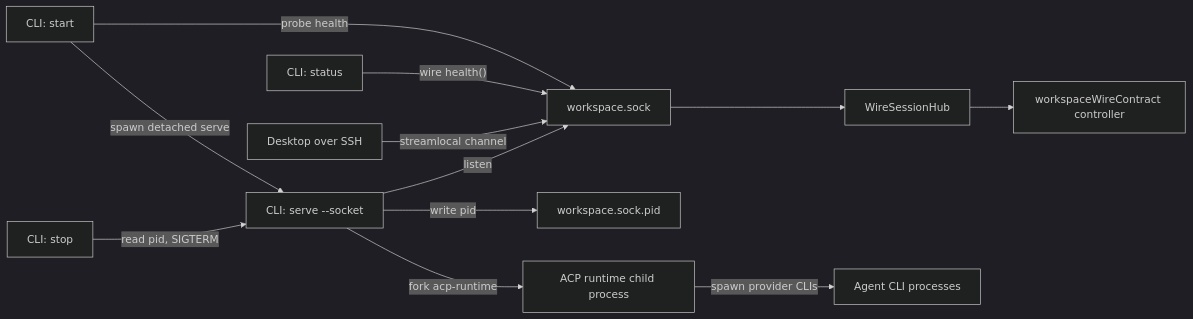
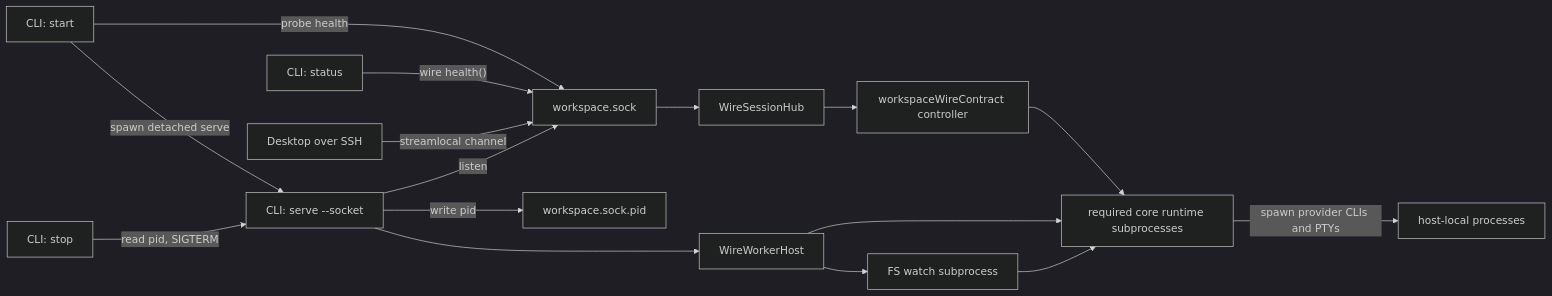
Before and after one commit to generalaction/emdash: the diagram in apps/workspace-server/docs/daemon.md, drawn with Mermaid (dark theme). The commit also changed other lines of this file and 27 other files, not shown here.

````diff
--- a/apps/workspace-server/docs/daemon.md
+++ b/apps/workspace-server/docs/daemon.md
@@ -20,14 +20,18 @@
 ```mermaid
 flowchart LR
   cliStart["CLI: start"] -->|"probe health"| socket["workspace.sock"]
   cliStart -->|"spawn detached serve"| daemon["CLI: serve --socket"]
   daemon -->|"listen"| socket
   daemon -->|"write pid"| pidFile["workspace.sock.pid"]
   cliStatus["CLI: status"] -->|"wire health()"| socket
   cliStop["CLI: stop"] -->|"read pid, SIGTERM"| daemon
   desktop["Desktop over SSH"] -->|"streamlocal channel"| socket
   socket --> sessionHub["WireSessionHub"]
   sessionHub --> controller["workspaceWireContract controller"]
-  daemon -->|"fork acp-runtime"| acpRuntime["ACP runtime child process"]
-  acpRuntime -->|"spawn provider CLIs"| agentCli["Agent CLI processes"]
+  daemon --> workerHost["WireWorkerHost"]
+  workerHost --> runtimes["required core runtime subprocesses"]
+  workerHost --> watcher["FS watch subprocess"]
+  watcher --> runtimes
+  controller --> runtimes
+  runtimes -->|"spawn provider CLIs and PTYs"| agentCli["host-local processes"]
 ```
````
